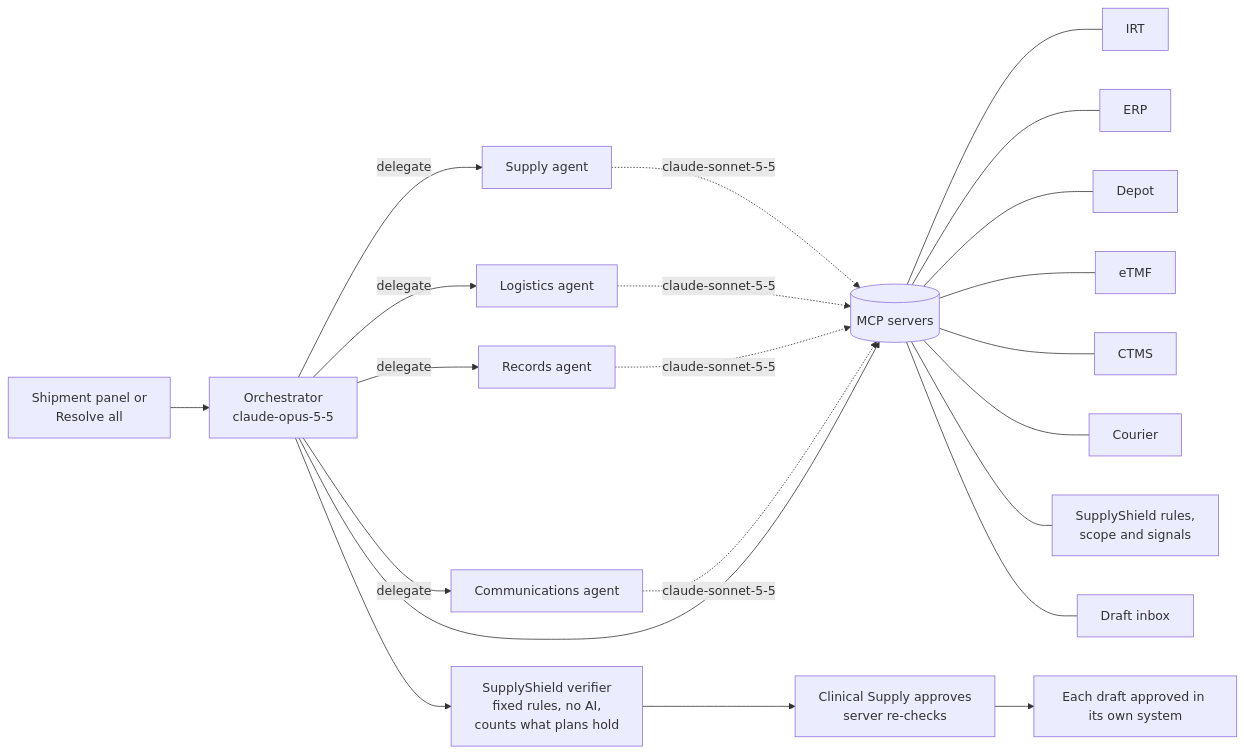
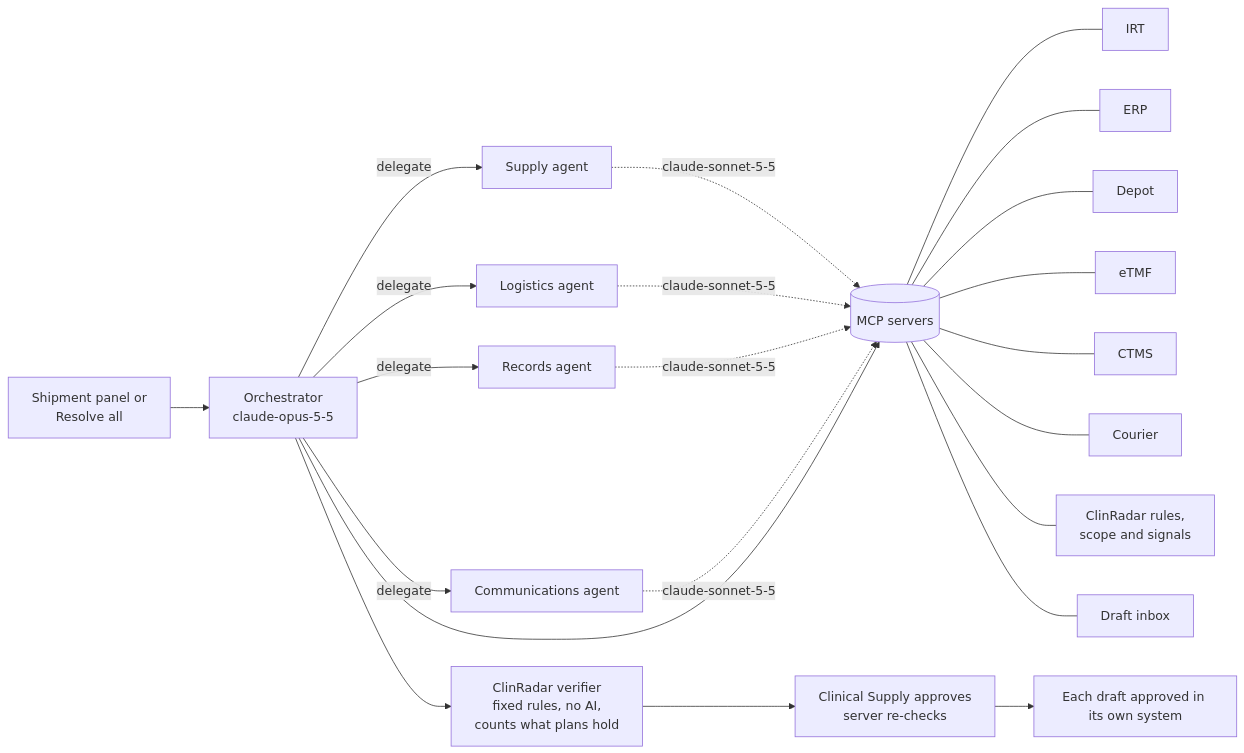
Before and after one commit to Gpanaritis/ClinRadar: the diagram in RegChain-AI-Agents.md, drawn with Mermaid. The commit also changed other lines of this file and 41 other files, not shown here.

First line of the commit message:
Rename the product to ClinRadar and draw the radar logo

````diff
--- a/RegChain-AI-Agents.md
+++ b/RegChain-AI-Agents.md
@@ -63,14 +63,14 @@
 ```mermaid
 flowchart LR
   P[Shipment panel or<br/>Resolve all] --> O[Orchestrator<br/>claude-opus-5-5]
   O -->|delegate| S[Supply agent]
   O -->|delegate| L[Logistics agent]
   O -->|delegate| R[Records agent]
   O -->|delegate| C[Communications agent]
   S & L & R & C -.->|claude-sonnet-5-5| M
   O --> M[(MCP servers)]
-  M --- IRT & ERP & Depot & eTMF & CTMS & Courier & Specs[SupplyShield rules,<br/>scope and signals] & Drafts[Draft inbox]
-  O --> V[SupplyShield verifier<br/>fixed rules, no AI,<br/>counts what plans hold]
+  M --- IRT & ERP & Depot & eTMF & CTMS & Courier & Specs[ClinRadar rules,<br/>scope and signals] & Drafts[Draft inbox]
+  O --> V[ClinRadar verifier<br/>fixed rules, no AI,<br/>counts what plans hold]
   V --> H[Clinical Supply approves<br/>server re-checks]
   H --> D[Each draft approved in its own system]
 ```
````
